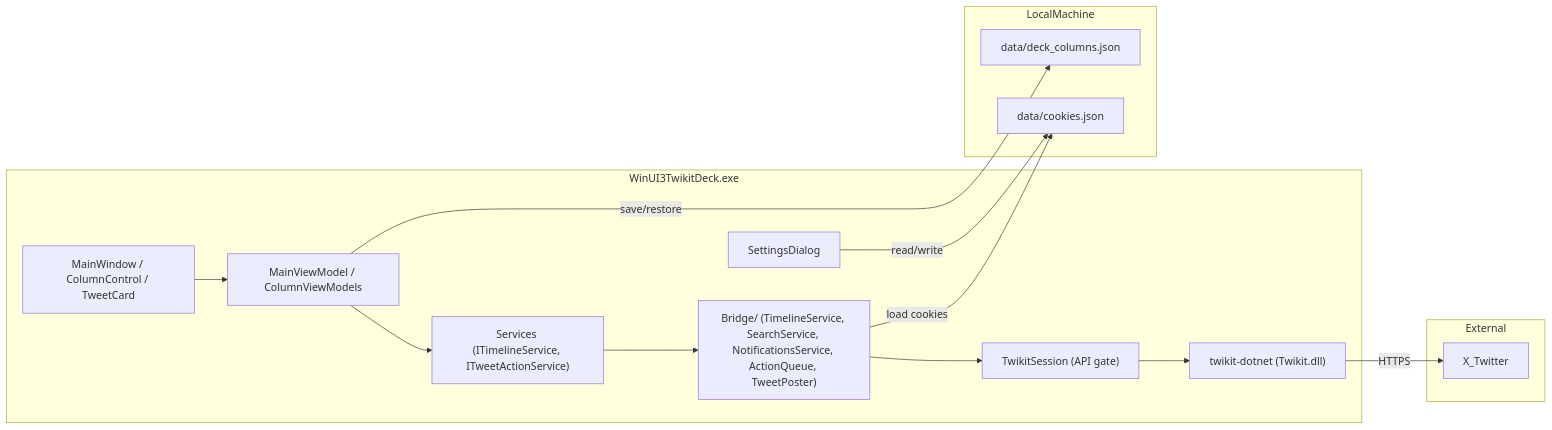
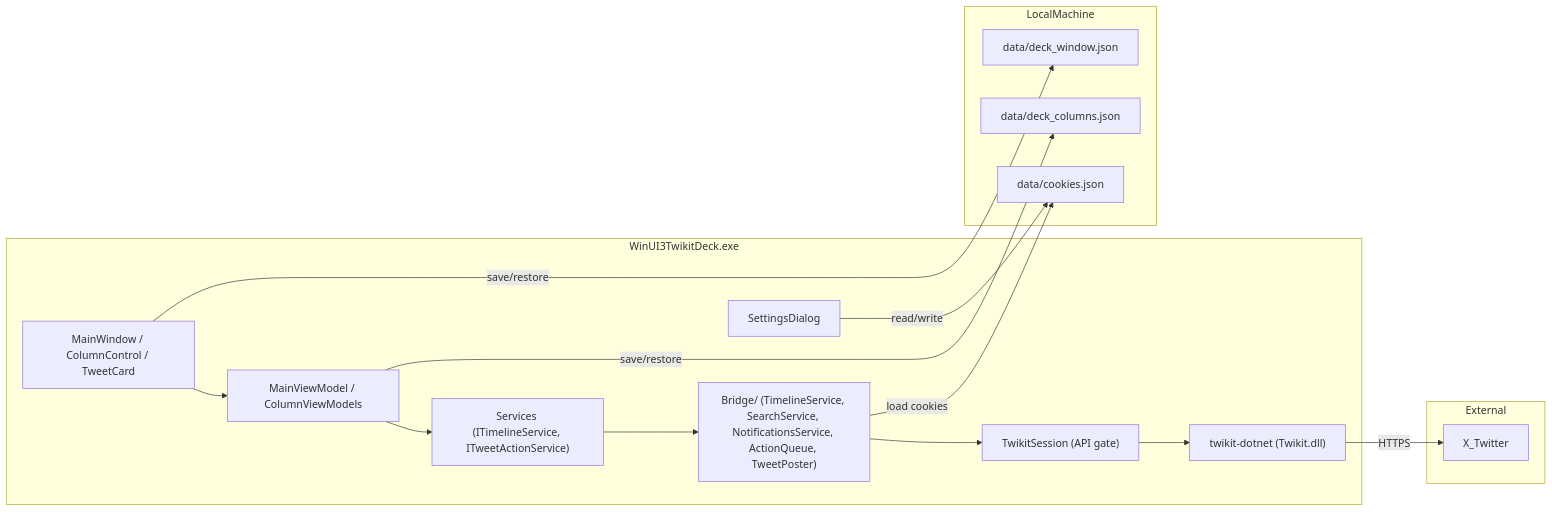
Before and after one commit to yukari-557fd8/WinUI-3-twikit-deck: the diagram in README.md, drawn with Mermaid. The commit also changed other lines of this file and 22 other files, not shown here.

````diff
--- a/README.md
+++ b/README.md
@@ -65,28 +73,30 @@
 ```mermaid
 flowchart LR
     subgraph winui [WinUI3TwikitDeck.exe]
         MW["MainWindow / ColumnControl / TweetCard"]
         VM["MainViewModel / ColumnViewModels"]
         Svc["Services (ITimelineService, ITweetActionService)"]
         Bridge["Bridge/ (TimelineService, SearchService, NotificationsService, ActionQueue, TweetPoster)"]
         Gate["TwikitSession (API gate)"]
         Twikit["twikit-dotnet (Twikit.dll)"]
         Settings[SettingsDialog]
     end
     subgraph local [LocalMachine]
         Cookies["data/cookies.json"]
         Layout["data/deck_columns.json"]
+        WindowFile["data/deck_window.json"]
     end
     subgraph external [External]
         X[X_Twitter]
     end
     MW --> VM
     VM --> Svc
     Svc --> Bridge
     Bridge --> Gate
     Gate --> Twikit
     Twikit -->|HTTPS| X
     Settings -->|"read/write"| Cookies
     Bridge -->|"load cookies"| Cookies
     VM -->|"save/restore"| Layout
+    MW -->|"save/restore"| WindowFile
 ```
````
